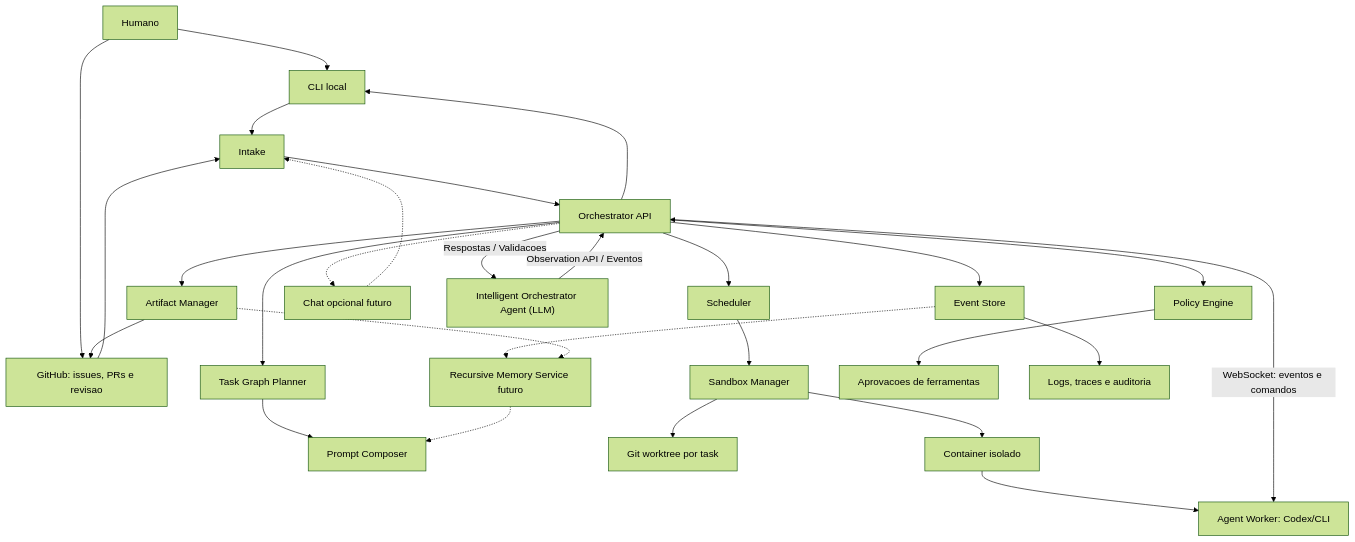
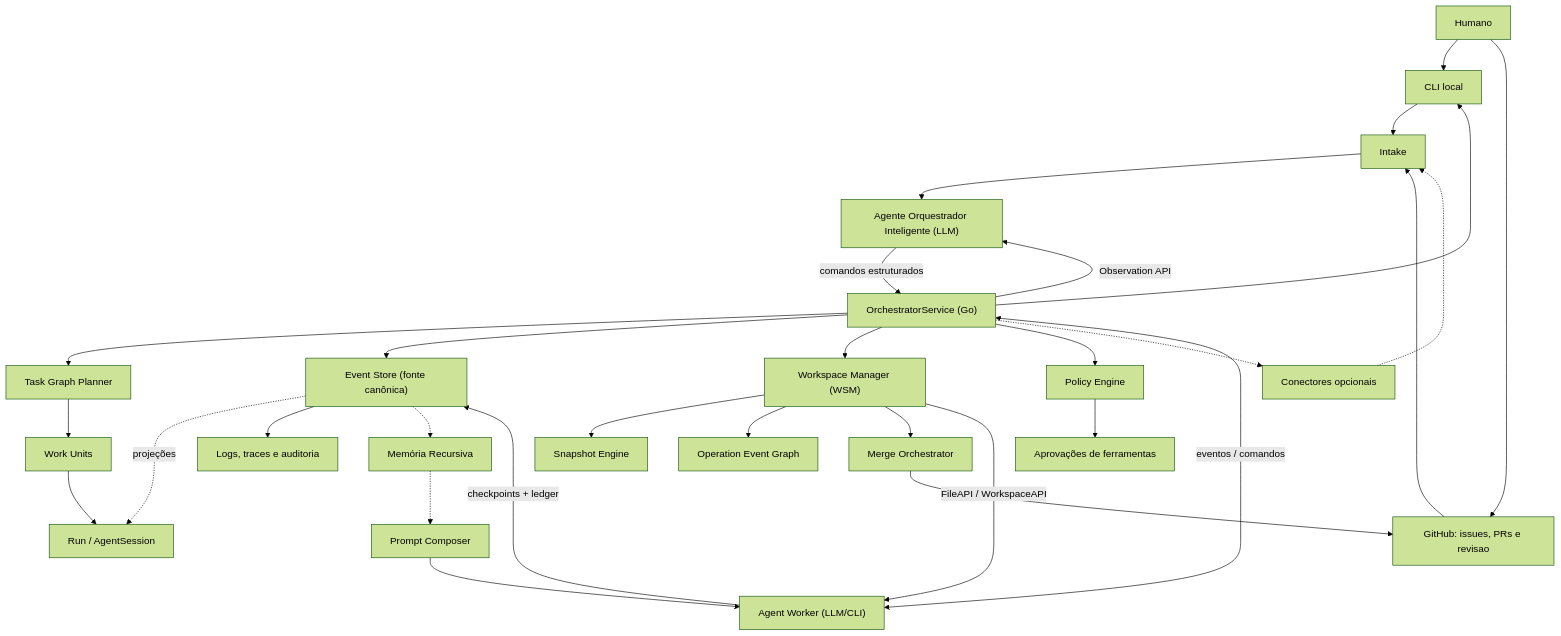
One commit to levygit837-cyber/OrchestraOS changed the diagram in docs/architecture/README.md. Above: the diagram before and after it, drawn with Mermaid (forest theme). The commit also changed other lines of this file and 119 other files, not shown here.

````diff
--- a/docs/architecture/README.md
+++ b/docs/architecture/README.md
@@ -40,36 +40,41 @@
 ```mermaid
 flowchart TD
     Human["Humano"] --> CLI["CLI local"]
     Human --> GitHub["GitHub: issues, PRs e revisao"]
 
     GitHub --> Intake
     CLI --> Intake
-    Intake --> Orchestrator["Orchestrator API"]
+    Intake --> IOA["Agente Orquestrador Inteligente (LLM)"]
 
-    Orchestrator --> Planner["Task Graph Planner"]
-    Planner --> Prompts["Prompt Composer"]
-    Orchestrator --> Scheduler["Scheduler"]
-    Orchestrator --> Policy["Policy Engine"]
-    Orchestrator --> Events["Event Store"]
-    Orchestrator --> Artifacts["Artifact Manager"]
-    Events -.-> Memory["Recursive Memory Service futuro"]
-    Artifacts -.-> Memory
-    Memory -.-> Prompts
+    IOA -->|"comandos estruturados"| OS["OrchestratorService (Go)"]
+    OS -->|"Observation API"| IOA
 
-    Scheduler --> Sandbox["Sandbox Manager"]
-    Sandbox --> Worktree["Git worktree por task"]
-    Sandbox --> Container["Container isolado"]
-    Container --> Agent["Agent Worker: Codex/CLI"]
+    OS --> TG["Task Graph Planner"]
+    TG --> WU["Work Units"]
+    WU --> Run["Run / AgentSession"]
 
-    Agent <-->|"WebSocket: eventos e comandos"| Orchestrator
-    Policy --> Approvals["Aprovacoes de ferramentas"]
-    Events --> Observability["Logs, traces e auditoria"]
-    Artifacts --> GitHub
-    Orchestrator --> CLI
-    Chat["Chat opcional futuro"] -.-> Intake
-    Orchestrator -.-> Chat
+    OS --> ES["Event Store (fonte canônica)"]
+    ES -.->|"projeções"| Run
 
-    %% Arquitetura Hibrida: Agente Orquestrador Inteligente
-    IntelligentAgent["Intelligent Orchestrator Agent (LLM)"] -->|"Observation API / Eventos"| Orchestrator
-    Orchestrator -->|"Respostas / Validacoes"| IntelligentAgent
+    OS --> WSM["Workspace Manager (WSM)"]
+    WSM --> Snap["Snapshot Engine"]
+    WSM --> OEG["Operation Event Graph"]
+    WSM --> MergeO["Merge Orchestrator"]
+
+    WSM -->|"FileAPI / WorkspaceAPI"| Agent["Agent Worker (LLM/CLI)"]
+    Agent -->|"checkpoints + ledger"| ES
+    Agent <-->|"eventos / comandos"| OS
+
+    OS --> Policy["Policy Engine"]
+    Policy --> Approvals["Aprovações de ferramentas"]
+
+    ES --> Observability["Logs, traces e auditoria"]
+    ES -.-> Memory["Memória Recursiva"]
+    Memory -.-> Prompts["Prompt Composer"]
+    Prompts --> Agent
+
+    MergeO --> GitHub
+    OS --> CLI
+    Chat["Conectores opcionais"] -.-> Intake
+    OS -.-> Chat
 ```
````
